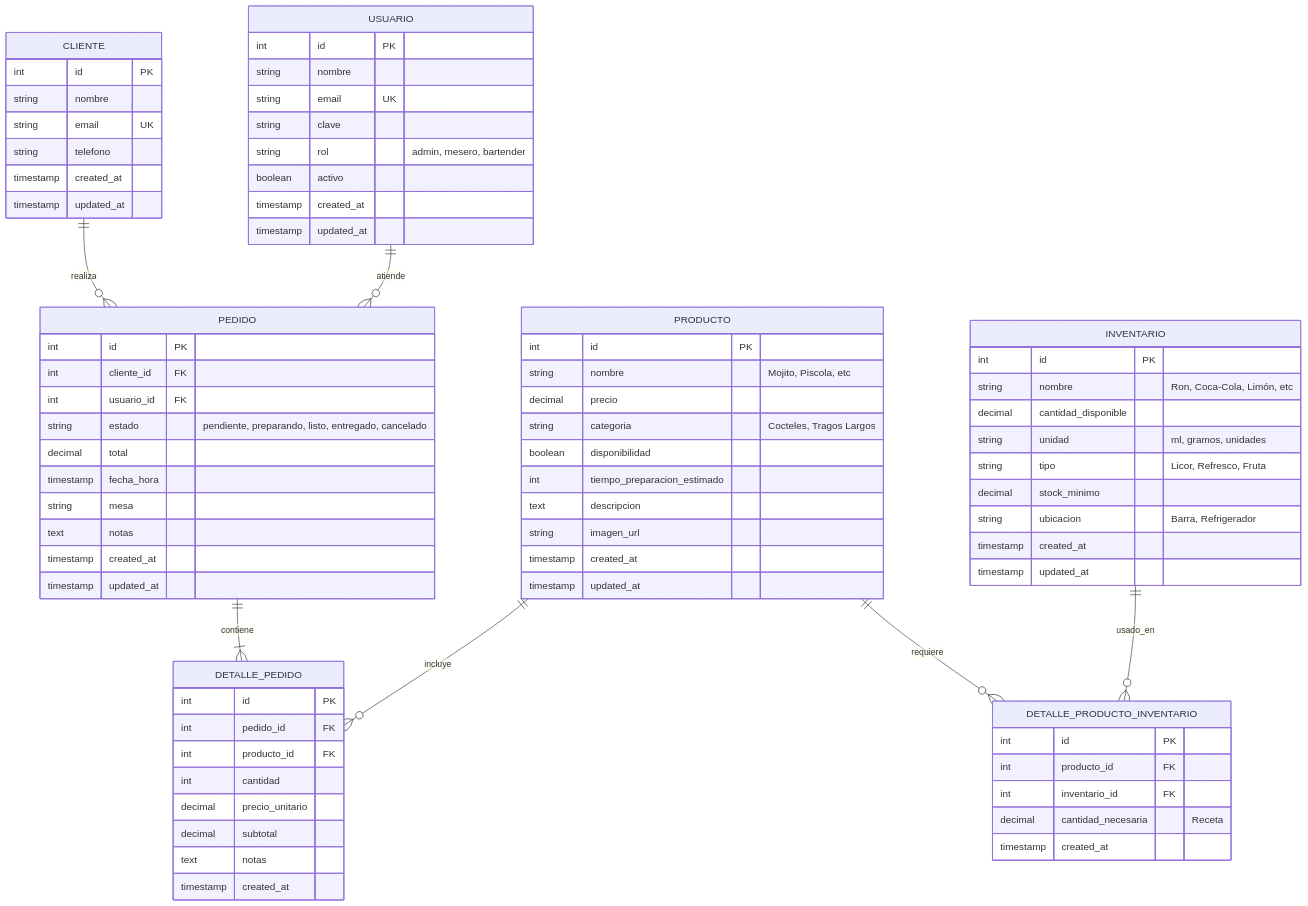
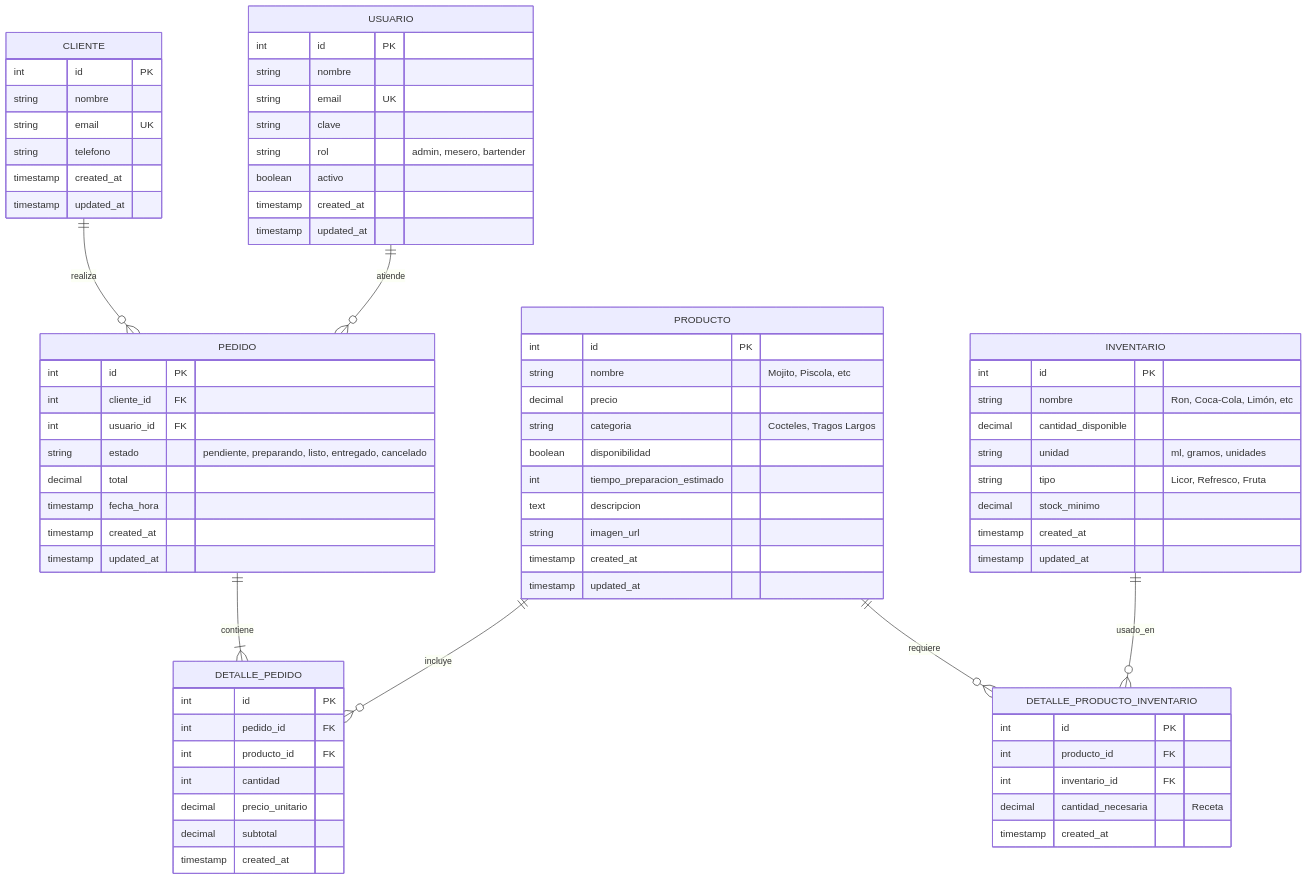
Before and after one commit to MatiRivas/BackendMojitoBar: the diagram in DATABASE_MODEL.md, drawn with Mermaid. The commit also changed other lines of this file and 19 other files, not shown here.

```diff
--- a/DATABASE_MODEL.md
+++ b/DATABASE_MODEL.md
@@ -38,8 +38,6 @@
         string estado "pendiente, preparando, listo, entregado, cancelado"
         decimal total
         timestamp fecha_hora
-        string mesa
-        text notas
         timestamp created_at
         timestamp updated_at
     }
@@ -51,7 +49,6 @@
         int cantidad
         decimal precio_unitario
         decimal subtotal
-        text notas
         timestamp created_at
     }
     
@@ -75,7 +72,6 @@
         string unidad "ml, gramos, unidades"
         string tipo "Licor, Refresco, Fruta"
         decimal stock_minimo
-        string ubicacion "Barra, Refrigerador"
         timestamp created_at
         timestamp updated_at
     }
```
